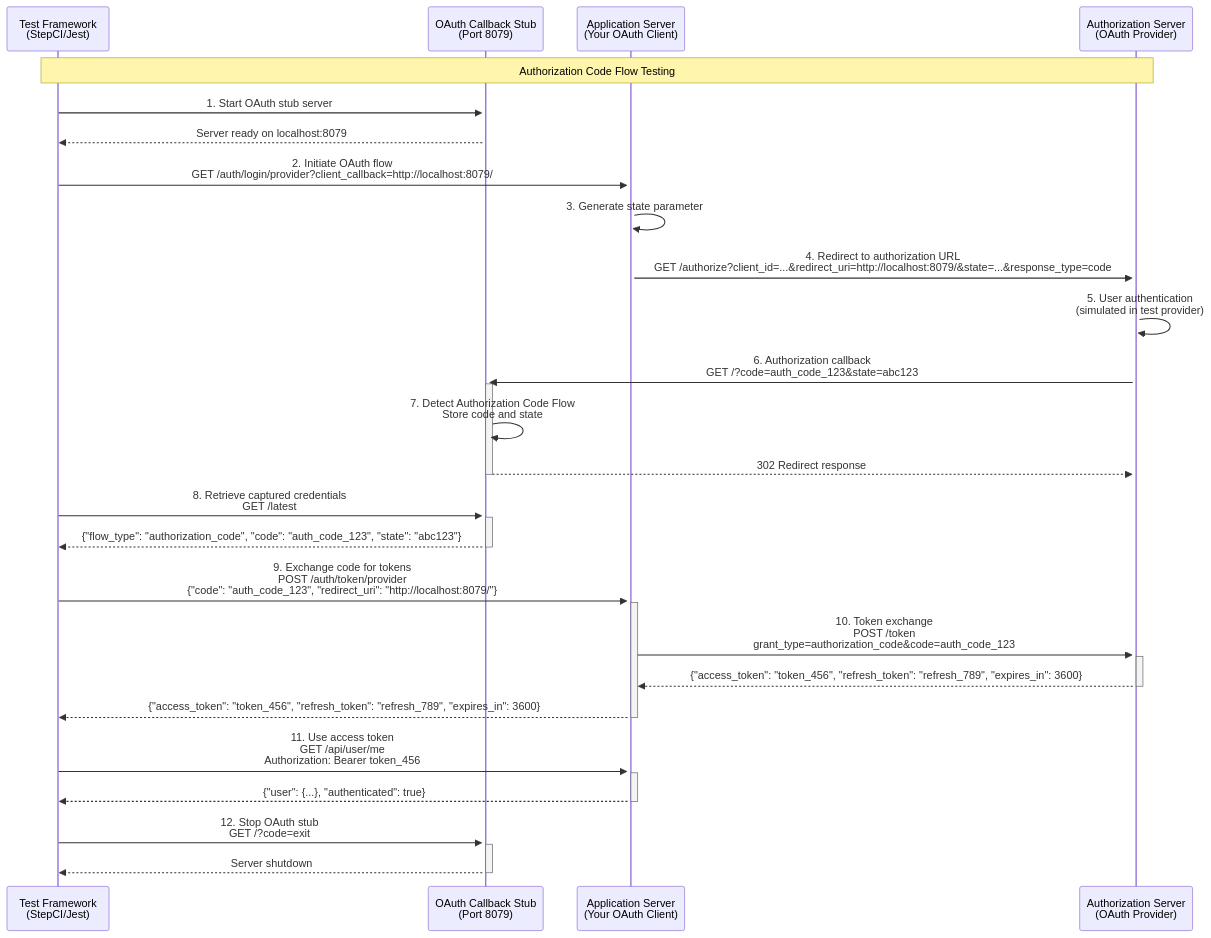
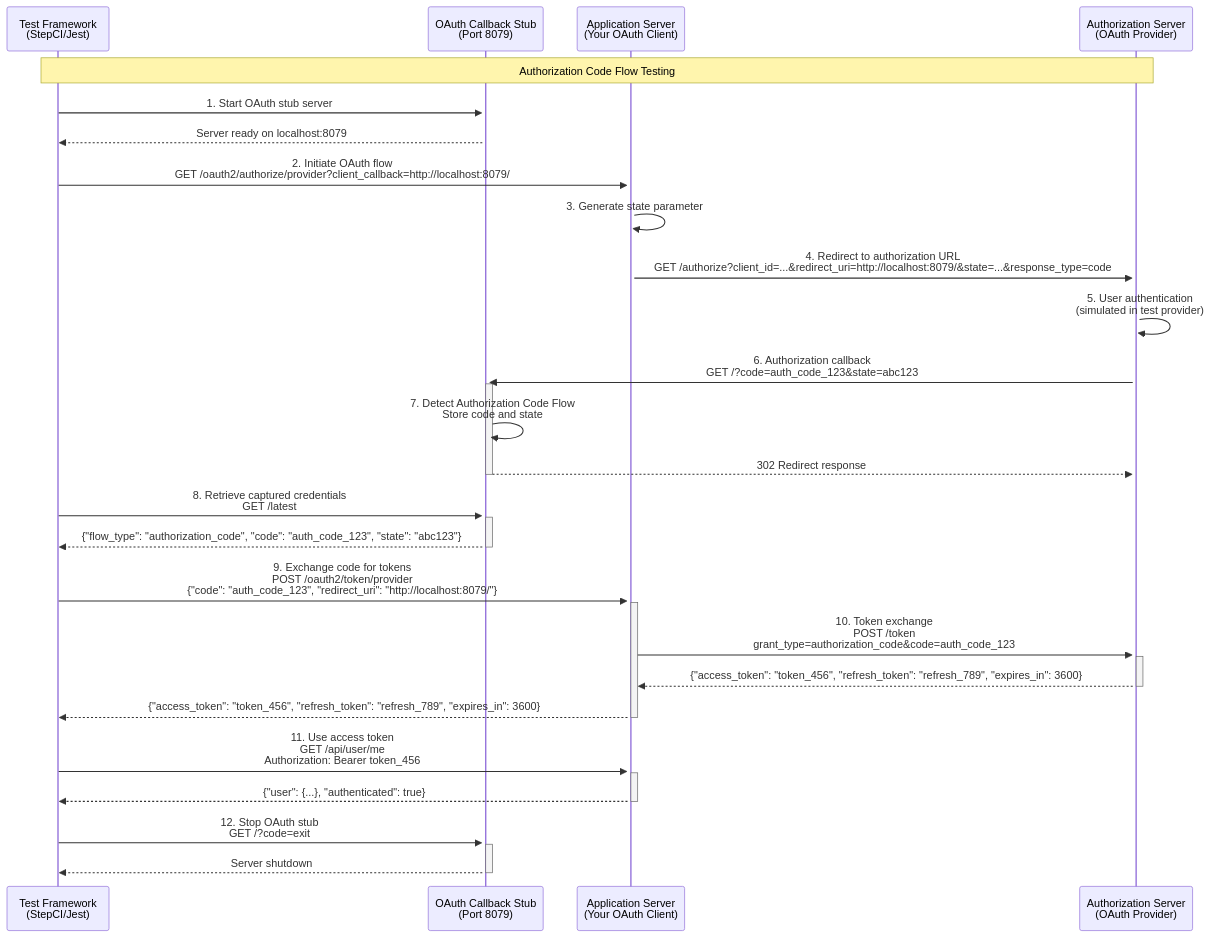
Before and after one commit to ericfitz/tmi: the first of 3 diagrams in scripts/oauth-client-callback-stub/oauth-flow-diagrams.md, drawn with Mermaid. The commit also changed other lines of this file and 56 other files, not shown here.

````diff
--- a/scripts/oauth-client-callback-stub/oauth-flow-diagrams.md
+++ b/scripts/oauth-client-callback-stub/oauth-flow-diagrams.md
@@ -7,35 +7,35 @@
 ```mermaid
 sequenceDiagram
     participant Test as Test Framework<br/>(StepCI/Jest)
     participant Stub as OAuth Callback Stub<br/>(Port 8079)
     participant App as Application Server<br/>(Your OAuth Client)
     participant Auth as Authorization Server<br/>(OAuth Provider)
 
     Note over Test, Auth: Authorization Code Flow Testing
 
     Test->>+Stub: 1. Start OAuth stub server
     Stub-->>Test: Server ready on localhost:8079
 
-    Test->>+App: 2. Initiate OAuth flow<br/>GET /auth/login/provider?client_callback=http://localhost:8079/
+    Test->>+App: 2. Initiate OAuth flow<br/>GET /oauth2/authorize/provider?client_callback=http://localhost:8079/
     App->>App: 3. Generate state parameter
     App->>+Auth: 4. Redirect to authorization URL<br/>GET /authorize?client_id=...&redirect_uri=http://localhost:8079/&state=...&response_type=code
-    
+
     Auth->>Auth: 5. User authentication<br/>(simulated in test provider)
     Auth->>+Stub: 6. Authorization callback<br/>GET /?code=auth_code_123&state=abc123
     Stub->>Stub: 7. Detect Authorization Code Flow<br/>Store code and state
     Stub-->>-Auth: 302 Redirect response
-    
+
     Test->>+Stub: 8. Retrieve captured credentials<br/>GET /latest
     Stub-->>-Test: {"flow_type": "authorization_code", "code": "auth_code_123", "state": "abc123"}
-    
-    Test->>+App: 9. Exchange code for tokens<br/>POST /auth/token/provider<br/>{"code": "auth_code_123", "redirect_uri": "http://localhost:8079/"}
+
+    Test->>+App: 9. Exchange code for tokens<br/>POST /oauth2/token/provider<br/>{"code": "auth_code_123", "redirect_uri": "http://localhost:8079/"}
     App->>+Auth: 10. Token exchange<br/>POST /token<br/>grant_type=authorization_code&code=auth_code_123
     Auth-->>-App: {"access_token": "token_456", "refresh_token": "refresh_789", "expires_in": 3600}
     App-->>-Test: {"access_token": "token_456", "refresh_token": "refresh_789", "expires_in": 3600}
-    
+
     Test->>+App: 11. Use access token<br/>GET /api/user/me<br/>Authorization: Bearer token_456
     App-->>-Test: {"user": {...}, "authenticated": true}
-    
+
     Test->>+Stub: 12. Stop OAuth stub<br/>GET /?code=exit
     Stub-->>-Test: Server shutdown
 ```
````
